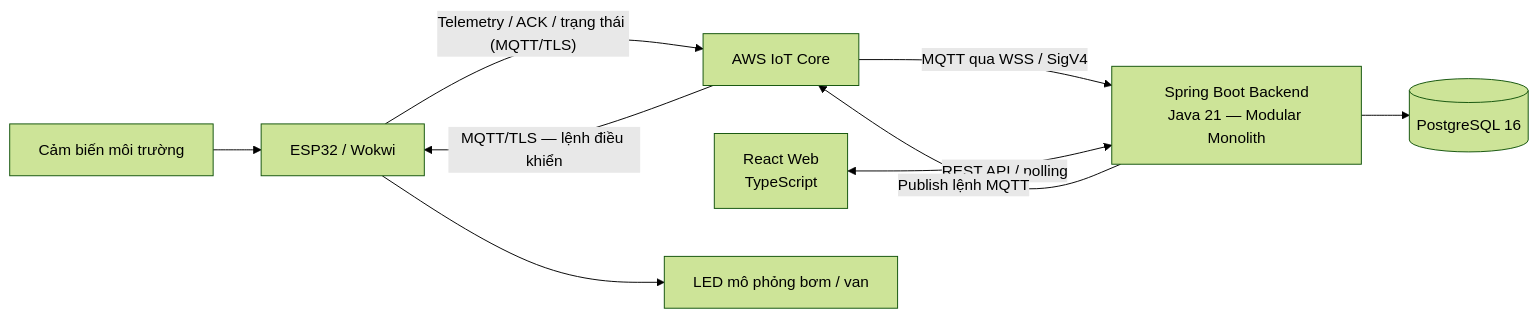
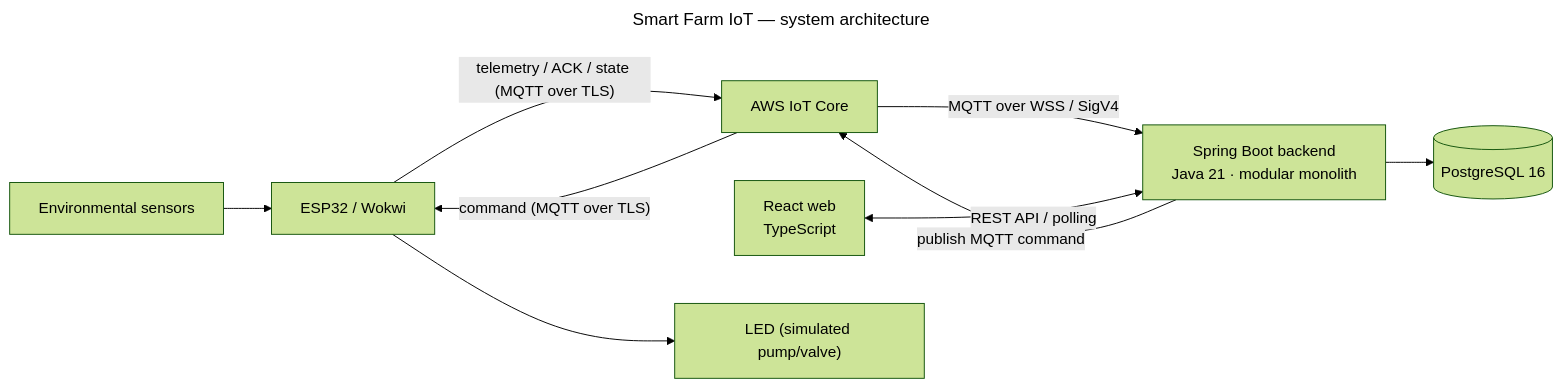
The first of 5 diagrams in book/chapters/chapter-12/12-02-system-architecture.md (NiDa30/Interview), drawn with Mermaid (forest theme) before and after one commit. The commit also changed other lines of this file and 4 other files, not shown here.

````diff
--- a/book/chapters/chapter-12/12-02-system-architecture.md
+++ b/book/chapters/chapter-12/12-02-system-architecture.md
@@ -22,11 +44,14 @@
 ```mermaid
+---
+title: Smart Farm IoT — system architecture
+---
 flowchart LR
-    S["Cảm biến môi trường"] --> E["ESP32 / Wokwi"]
-    E -->|"Telemetry / ACK / trạng thái (MQTT/TLS)"| I["AWS IoT Core"]
-    I -->|"MQTT qua WSS / SigV4"| B["Spring Boot Backend<br/>Java 21 — Modular Monolith"]
+    S["Environmental sensors"] --> E["ESP32 / Wokwi"]
+    E -->|"telemetry / ACK / state (MQTT over TLS)"| I["AWS IoT Core"]
+    I -->|"MQTT over WSS / SigV4"| B["Spring Boot backend<br/>Java 21 · modular monolith"]
     B --> D[("PostgreSQL 16")]
-    U["React Web<br/>TypeScript"] <-->|"REST API / polling"| B
-    B -->|"Publish lệnh MQTT"| I
-    I -->|"MQTT/TLS — lệnh điều khiển"| E
-    E --> A["LED mô phỏng bơm / van"]
+    U["React web<br/>TypeScript"] <-->|"REST API / polling"| B
+    B -->|"publish MQTT command"| I
+    I -->|"command (MQTT over TLS)"| E
+    E --> A["LED (simulated pump/valve)"]
 ```
````
